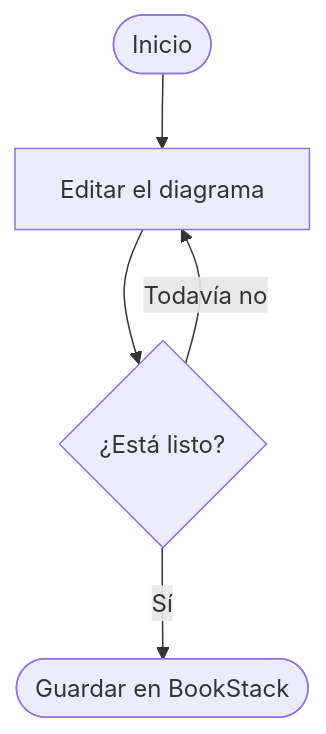
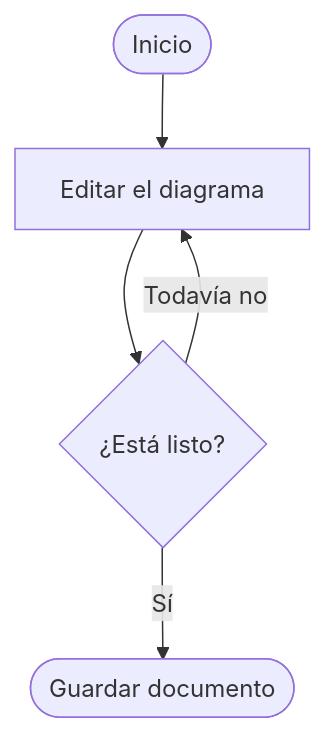
Before and after one commit to cayetanobp/mermaid-bp: the diagram in examples/flujo.mmd, drawn with Mermaid. The commit also changed 41 other files, not shown here.

Commit message:
refactor: remove BookStack from core

```diff
--- a/examples/flujo.mmd
+++ b/examples/flujo.mmd
@@ -1,9 +1,9 @@
 flowchart TD
     Inicio(["Inicio"])
     Editar["Editar el diagrama"]
     Revisar{"¿Está listo?"}
-    Guardar(["Guardar en BookStack"])
+    Guardar(["Guardar documento"])
     Inicio --> Editar
     Editar --> Revisar
     Revisar -->|"Sí"| Guardar
     Revisar -->|"Todavía no"| Editar
```
